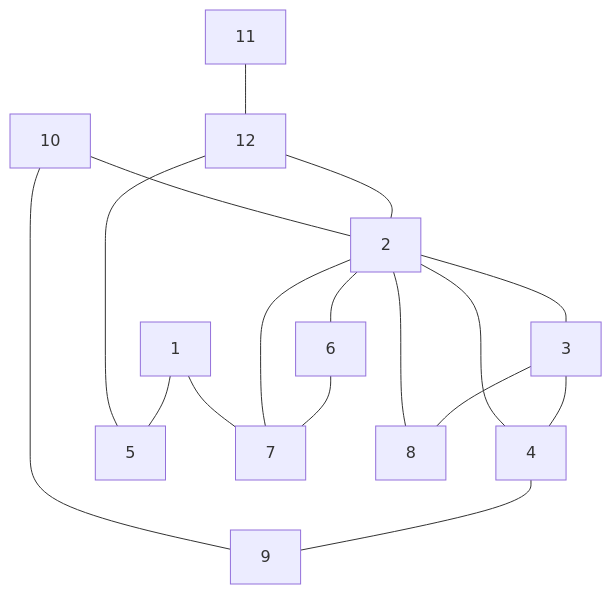
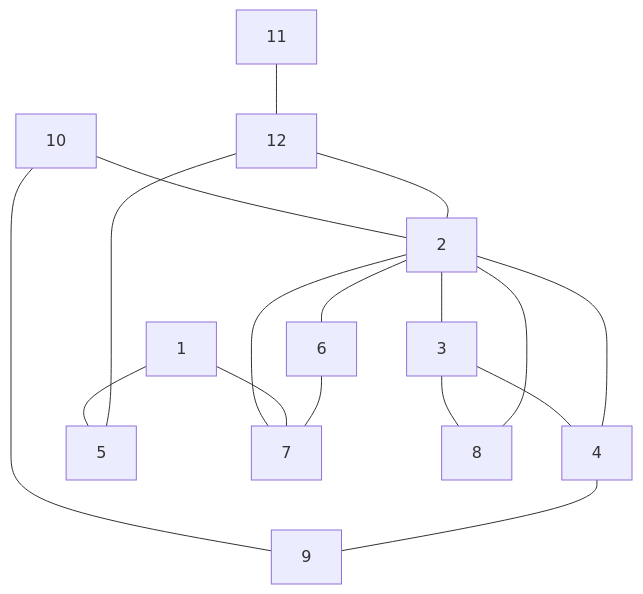
Before and after one commit to antononcube/Raku-Graph: the diagram in README.md, drawn with Mermaid. The commit also changed other lines of this file and 1 other file, not shown here.

````diff
--- a/README.md
+++ b/README.md
@@ -156,19 +156,19 @@
 ```mermaid
 graph TD
-3 --- 8
+10 --- 2
+10 --- 9
 2 --- 3
 3 --- 4
+3 --- 8
+2 --- 4
+2 --- 7
+12 --- 2
 2 --- 8
+2 --- 6
+1 --- 5
+1 --- 7
 6 --- 7
-2 --- 7
-1 --- 7
-1 --- 5
-2 --- 6
-12 --- 2
-2 --- 4
-10 --- 2
 12 --- 5
 11 --- 12
 4 --- 9
-10 --- 9
 ```
````
